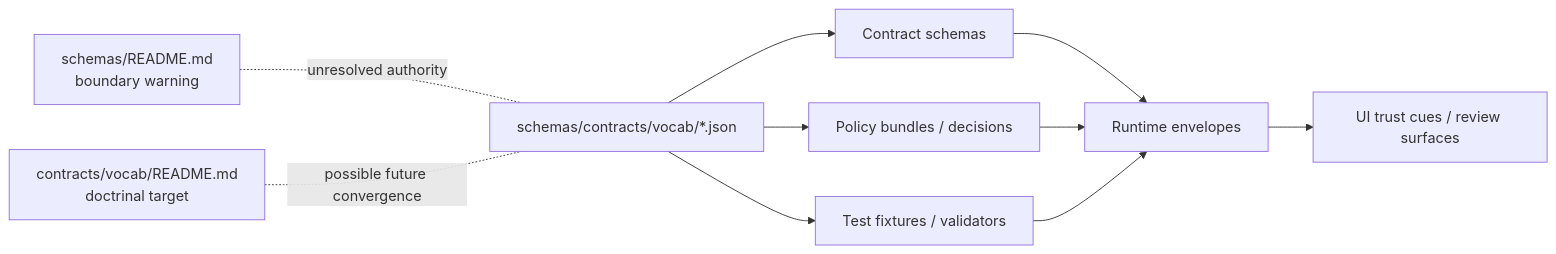
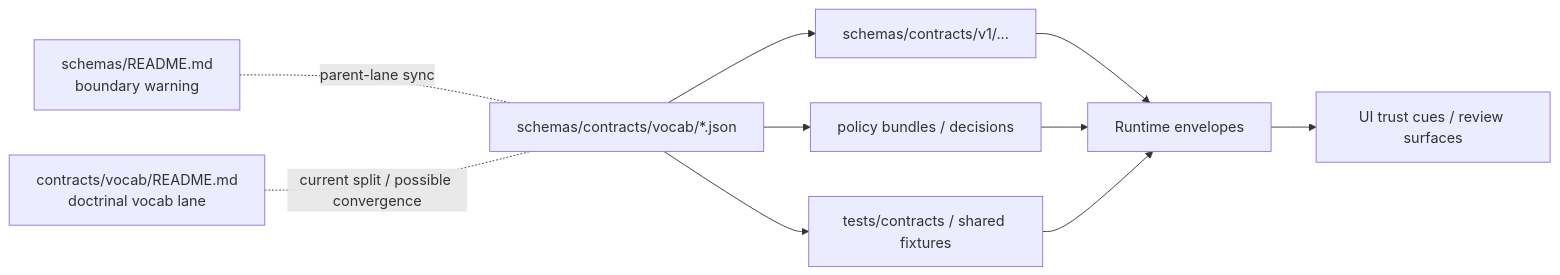
Before and after one commit to bartytime4life/Kansas-Frontier-Matrix: the diagram in schemas/contracts/vocab/README.md, drawn with Mermaid. The commit also changed other lines of this file, not shown here.

````diff
--- a/schemas/contracts/vocab/README.md
+++ b/schemas/contracts/vocab/README.md
@@ -215,13 +236,13 @@
 ```mermaid
 flowchart LR
-    A[schemas/contracts/vocab/*.json] --> B[Contract schemas]
-    A --> C[Policy bundles / decisions]
-    A --> D[Test fixtures / validators]
+    A[schemas/contracts/vocab/*.json] --> B[schemas/contracts/v1/...]
+    A --> C[policy bundles / decisions]
+    A --> D[tests/contracts / shared fixtures]
     B --> E[Runtime envelopes]
     C --> E
     D --> E
     E --> F[UI trust cues / review surfaces]
 
-    G[schemas/README.md\nboundary warning] -. unresolved authority .- A
-    H[contracts/vocab/README.md\ndoctrinal target] -. possible future convergence .- A
+    G[schemas/README.md\nboundary warning] -. parent-lane sync .- A
+    H[contracts/vocab/README.md\ndoctrinal vocab lane] -. current split / possible convergence .- A
 ```
````
